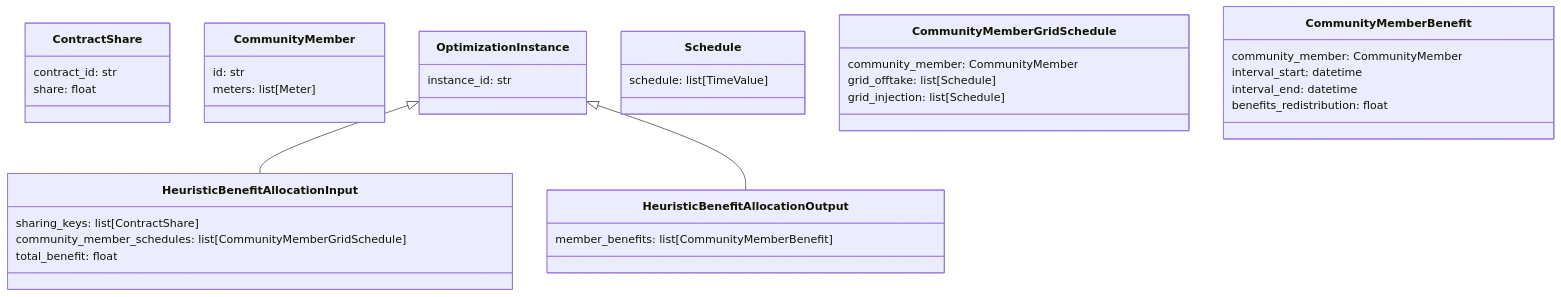
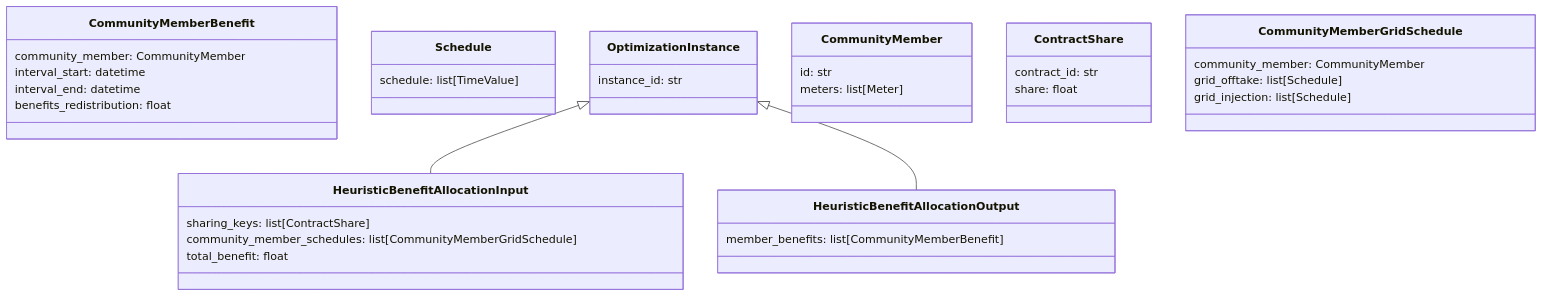
One commit to U2DemoProject/AlgorithmDTOsWP4T1 changed the diagram in doc/mermaid_charts/heuristic_benefit_allocation_dto.md. Above: the diagram before and after it, drawn with Mermaid. The commit also changed other lines of this file and 9 other files, not shown here.

````diff
--- a/doc/mermaid_charts/heuristic_benefit_allocation_dto.md
+++ b/doc/mermaid_charts/heuristic_benefit_allocation_dto.md
@@ -1,49 +1,49 @@
 ```mermaid
 classDiagram
-
-    class ContractShare {
-        contract_id: str
-        share: float
-    }
-
-    class CommunityMember {
-        id: str
-        meters: list[Meter]
-    }
-
-    class OptimizationInstance {
-        instance_id: str
-    }
-
-    class Schedule {
-        schedule: list[TimeValue]
-    }
-
-    class CommunityMemberGridSchedule {
-        community_member: CommunityMember
-        grid_offtake: list[Schedule]
-        grid_injection: list[Schedule]
-    }
 
     class HeuristicBenefitAllocationInput {
         sharing_keys: list[ContractShare]
         community_member_schedules: list[CommunityMemberGridSchedule]
         total_benefit: float
-    }
-
-    class HeuristicBenefitAllocationOutput {
-        member_benefits: list[CommunityMemberBenefit]
     }
 
     class CommunityMemberBenefit {
         community_member: CommunityMember
         interval_start: datetime
         interval_end: datetime
         benefits_redistribution: float
     }
 
+    class Schedule {
+        schedule: list[TimeValue]
+    }
+
+    class OptimizationInstance {
+        instance_id: str
+    }
+
+    class CommunityMember {
+        id: str
+        meters: list[Meter]
+    }
+
+    class ContractShare {
+        contract_id: str
+        share: float
+    }
+
+    class HeuristicBenefitAllocationOutput {
+        member_benefits: list[CommunityMemberBenefit]
+    }
+
+    class CommunityMemberGridSchedule {
+        community_member: CommunityMember
+        grid_offtake: list[Schedule]
+        grid_injection: list[Schedule]
+    }
+
 
     OptimizationInstance <|-- HeuristicBenefitAllocationInput
     OptimizationInstance <|-- HeuristicBenefitAllocationOutput
 
 ```
````
